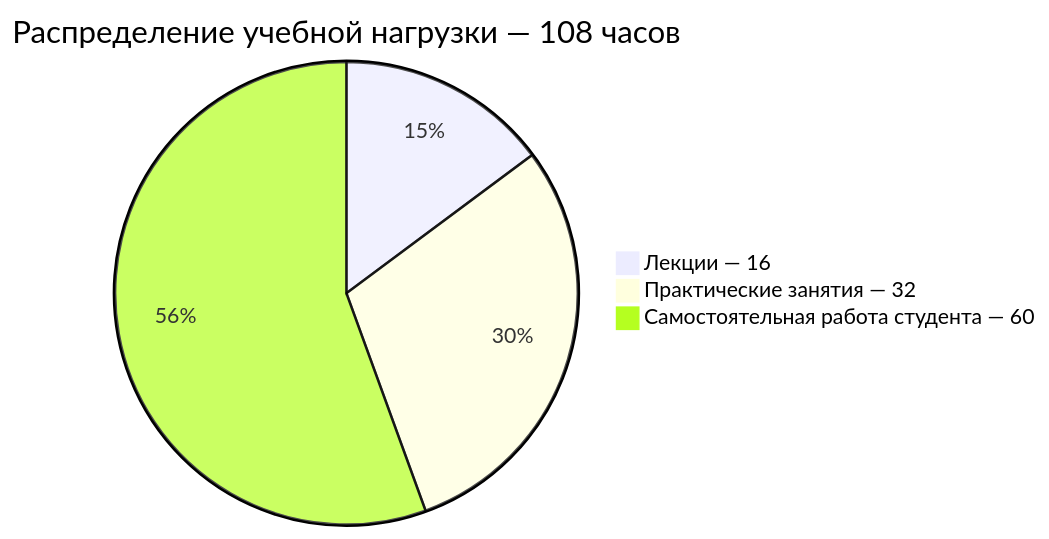
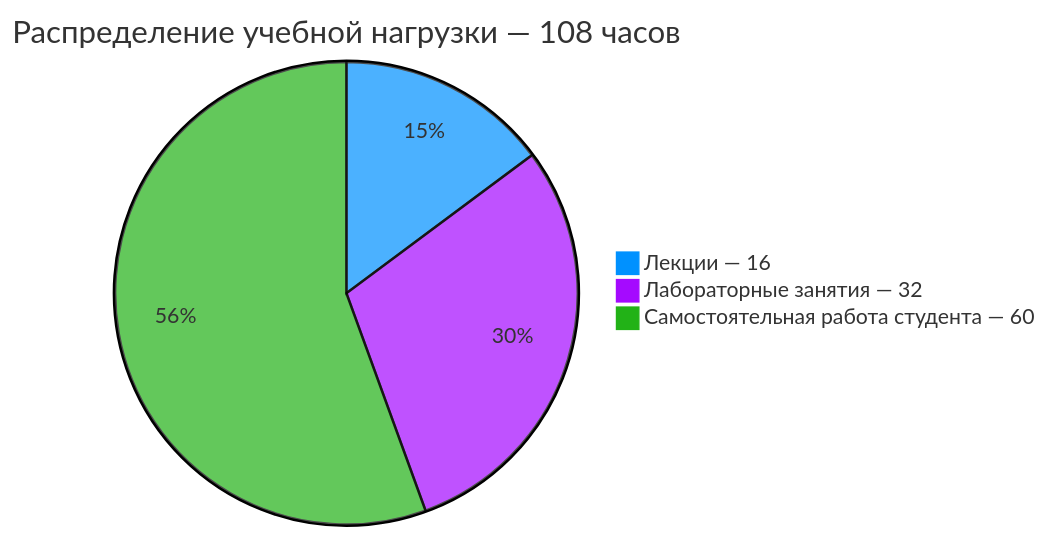
One commit to nolan-xnd/ITMO changed the diagram in Семестр 03/Веб-программирование/README.md. Above: the diagram before and after it, drawn with Mermaid. The commit also changed 7 other files, not shown here.

Commit message:
Fix chart colors

````diff
--- a/Семестр 03/Веб-программирование/README.md
+++ b/Семестр 03/Веб-программирование/README.md
@@ -10,7 +10,15 @@
 ```mermaid
+---
+config:
+    theme: base
+    themeVariables:
+        pie1: '#0091ff'
+        pie2: '#a50aff'
+        pie3: '#22b217'
+---
 pie 
     title Распределение учебной нагрузки — 108 часов
     "Лекции — 16" : 16
-    "Практические занятия — 32" : 32
+    "Лабораторные занятия — 32" : 32
     "Самостоятельная работа студента — 60" : 60
 ```
````
